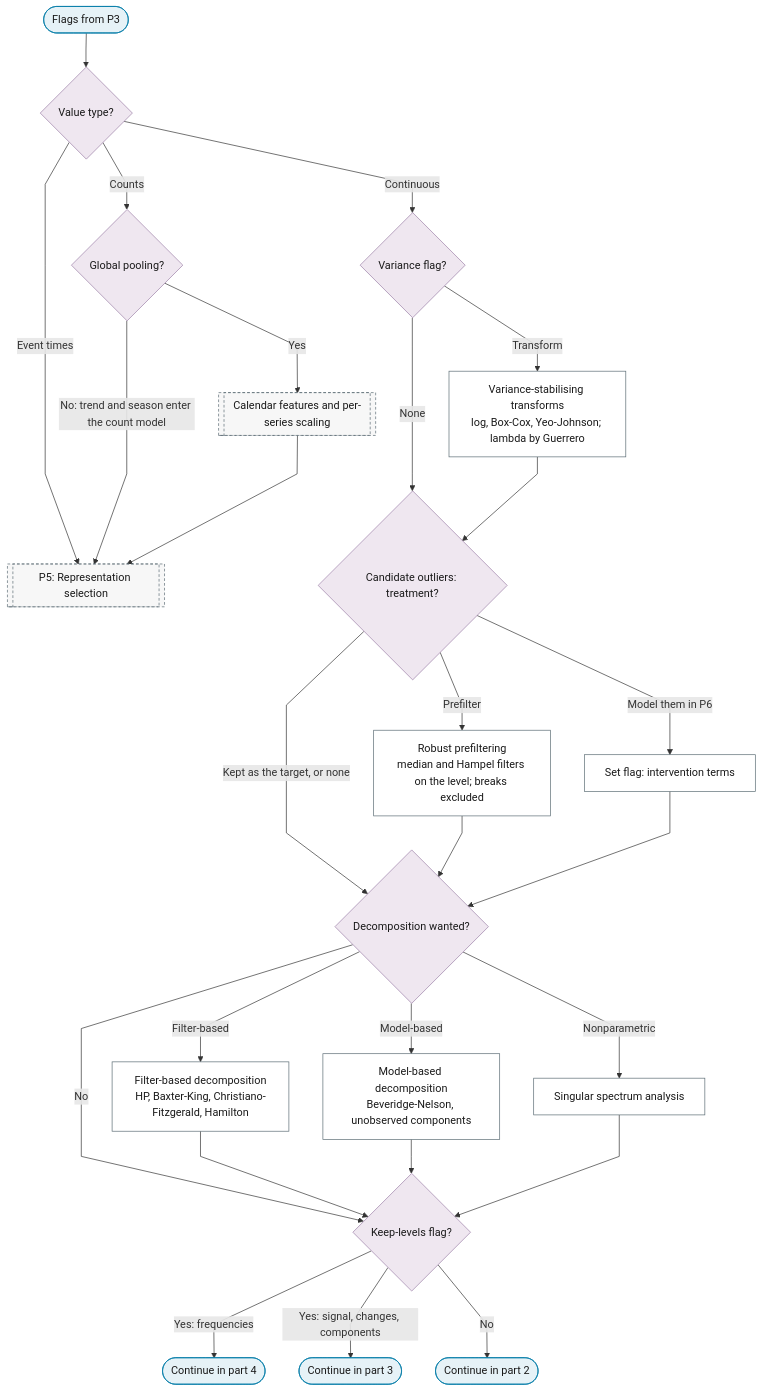
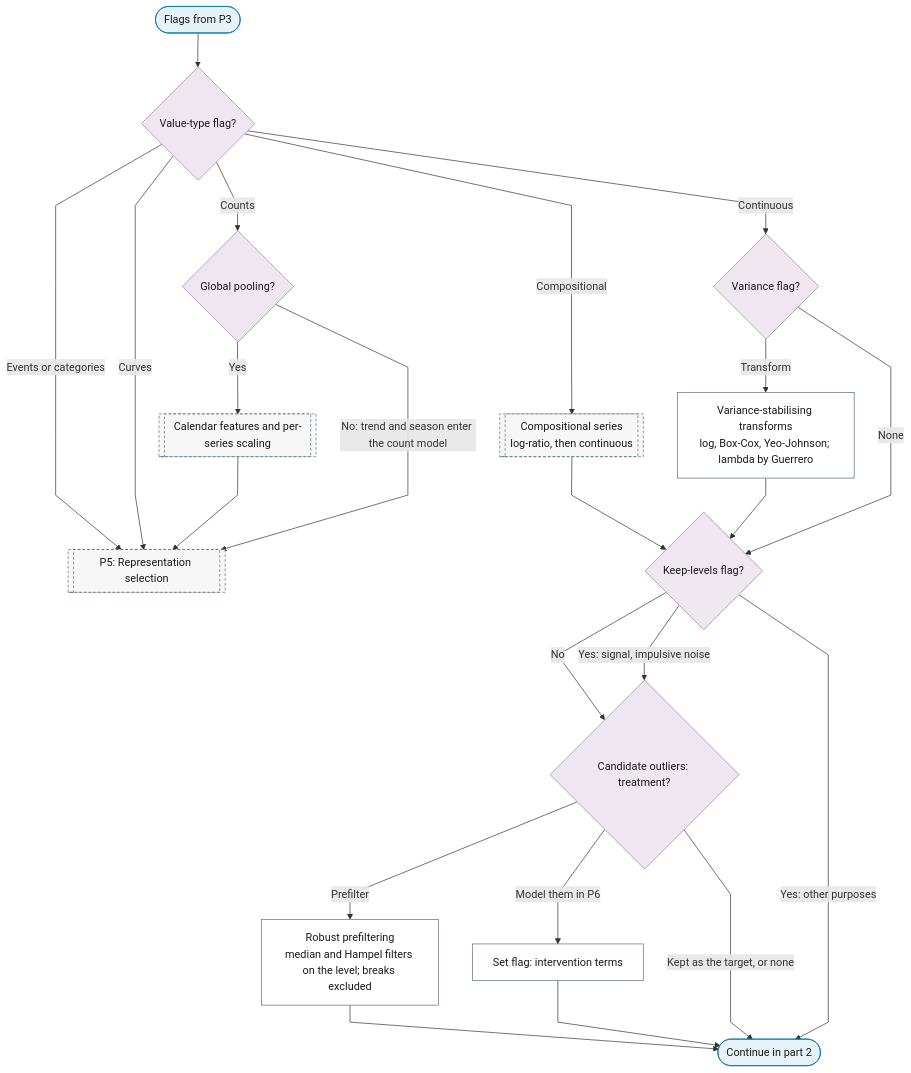
Before and after one commit to Shuxin-Y/time-series-analysis-manual: the first of 6 diagrams in docs/01-workflow/p04-transformations.md, drawn with Mermaid. The commit also changed other lines of this file and 6 other files, not shown here.

First line of the commit message:
fix(p3,p4): purpose- and class-aware treatment of levels and integration

````diff
--- a/docs/01-workflow/p04-transformations.md
+++ b/docs/01-workflow/p04-transformations.md
@@ -11,38 +11,35 @@
 ```mermaid
 %%{init: {"flowchart": {"curve": "linear"}}}%%
 graph TD
-    P4_IN(["Flags from P3"]) --> P4_TYPE{"Value type?"}
-    P4_TYPE -->|"Event times"| P5[["P5: Representation selection"]]
+    P4_IN(["Flags from P3"]) --> P4_TYPE{"Value-type flag?"}
+    P4_TYPE -->|"Events or categories"| P5[["P5: Representation selection"]]
+    P4_TYPE -->|"Curves"| P5
     P4_TYPE -->|"Counts"| P4_COUNT_POOLING{"Global pooling?"}
+    P4_TYPE -->|"Compositional"| B1_COMPOSITIONAL[["Compositional series<br/>log-ratio, then continuous"]]
     P4_TYPE -->|"Continuous"| P4_VARIANCE{"Variance flag?"}
     P4_COUNT_POOLING -->|"Yes"| P4_FEATURES[["Calendar features and per-series scaling"]]
     P4_COUNT_POOLING -->|"No: trend and season enter the count model"| P5
     P4_FEATURES --> P5
     P4_VARIANCE -->|"Transform"| P4_LOG_BOXCOX["Variance-stabilising transforms<br/>log, Box-Cox, Yeo-Johnson; lambda by Guerrero"]
-    P4_VARIANCE -->|"None"| P4_OUTLIERS
-    P4_LOG_BOXCOX --> P4_OUTLIERS{"Candidate outliers: treatment?"}
+    P4_VARIANCE -->|"None"| P4_OUTLIER_GATE
+    B1_COMPOSITIONAL & P4_LOG_BOXCOX --> P4_OUTLIER_GATE{"Keep-levels flag?"}
+    P4_OUTLIER_GATE -->|"No"| P4_OUTLIERS{"Candidate outliers: treatment?"}
+    P4_OUTLIER_GATE -->|"Yes: signal, impulsive noise"| P4_OUTLIERS
+    P4_OUTLIER_GATE -->|"Yes: other purposes"| P4_TO_PART_2
     P4_OUTLIERS -->|"Prefilter"| P4_ROBUST_PREFILTER["Robust prefiltering<br/>median and Hampel filters on the level; breaks excluded"]
     P4_OUTLIERS -->|"Model them in P6"| P4_INTERVENTION_FLAG["Set flag: intervention terms"]
-    P4_OUTLIERS -->|"Kept as the target, or none"| P4_DECOMP
-    P4_ROBUST_PREFILTER & P4_INTERVENTION_FLAG --> P4_DECOMP{"Decomposition wanted?"}
-    P4_DECOMP -->|"Filter-based"| P4_FILTER_DECOMPOSITION["Filter-based decomposition<br/>HP, Baxter-King, Christiano-Fitzgerald, Hamilton"]
-    P4_DECOMP -->|"Model-based"| P4_MODEL_DECOMPOSITION["Model-based decomposition<br/>Beveridge-Nelson, unobserved components"]
-    P4_DECOMP -->|"Nonparametric"| P4_SSA["Singular spectrum analysis"]
-    P4_DECOMP -->|"No"| P4_KEEP_LEVELS
-    P4_FILTER_DECOMPOSITION & P4_MODEL_DECOMPOSITION & P4_SSA --> P4_KEEP_LEVELS{"Keep-levels flag?"}
-    P4_KEEP_LEVELS -->|"Yes: frequencies"| P4_TO_PART_4(["Continue in part 4"])
-    P4_KEEP_LEVELS -->|"Yes: signal, changes, components"| P4_TO_PART_3(["Continue in part 3"])
-    P4_KEEP_LEVELS -->|"No"| P4_TO_PART_2(["Continue in part 2"])
-    class P4_IN,P4_TO_PART_2,P4_TO_PART_3,P4_TO_PART_4 terminator
-    class P4_TYPE,P4_COUNT_POOLING,P4_VARIANCE,P4_OUTLIERS,P4_DECOMP,P4_KEEP_LEVELS decision
-    class P4_LOG_BOXCOX,P4_ROBUST_PREFILTER,P4_INTERVENTION_FLAG,P4_FILTER_DECOMPOSITION,P4_MODEL_DECOMPOSITION,P4_SSA process
-    class P5,P4_FEATURES ref
+    P4_OUTLIERS -->|"Kept as the target, or none"| P4_TO_PART_2
+    P4_ROBUST_PREFILTER & P4_INTERVENTION_FLAG --> P4_TO_PART_2(["Continue in part 2"])
+    class P4_IN,P4_TO_PART_2 terminator
+    class P4_TYPE,P4_COUNT_POOLING,P4_VARIANCE,P4_OUTLIER_GATE,P4_OUTLIERS decision
+    class P4_LOG_BOXCOX,P4_ROBUST_PREFILTER,P4_INTERVENTION_FLAG process
+    class P5,P4_FEATURES,B1_COMPOSITIONAL ref
     classDef terminator fill:#E6F2F7,stroke:#007BA7,color:#1A1A1A;
     classDef process fill:#FFFFFF,stroke:#5A6B73,color:#1A1A1A;
     classDef decision fill:#EFE7F0,stroke:#9B7FA7,color:#1A1A1A;
     classDef data fill:#FFF4E0,stroke:#C9A55E,color:#1A1A1A;
     classDef good fill:#DCEFD8,stroke:#4A7A3F,color:#1A1A1A;
     classDef escalate fill:#FFE9C2,stroke:#C9A55E,color:#1A1A1A;
     classDef problem fill:#F2D9DE,stroke:#800020,color:#1A1A1A;
     classDef ref fill:#F7F7F7,stroke:#5A6B73,color:#1A1A1A,stroke-dasharray:4 3;
 ```
````
